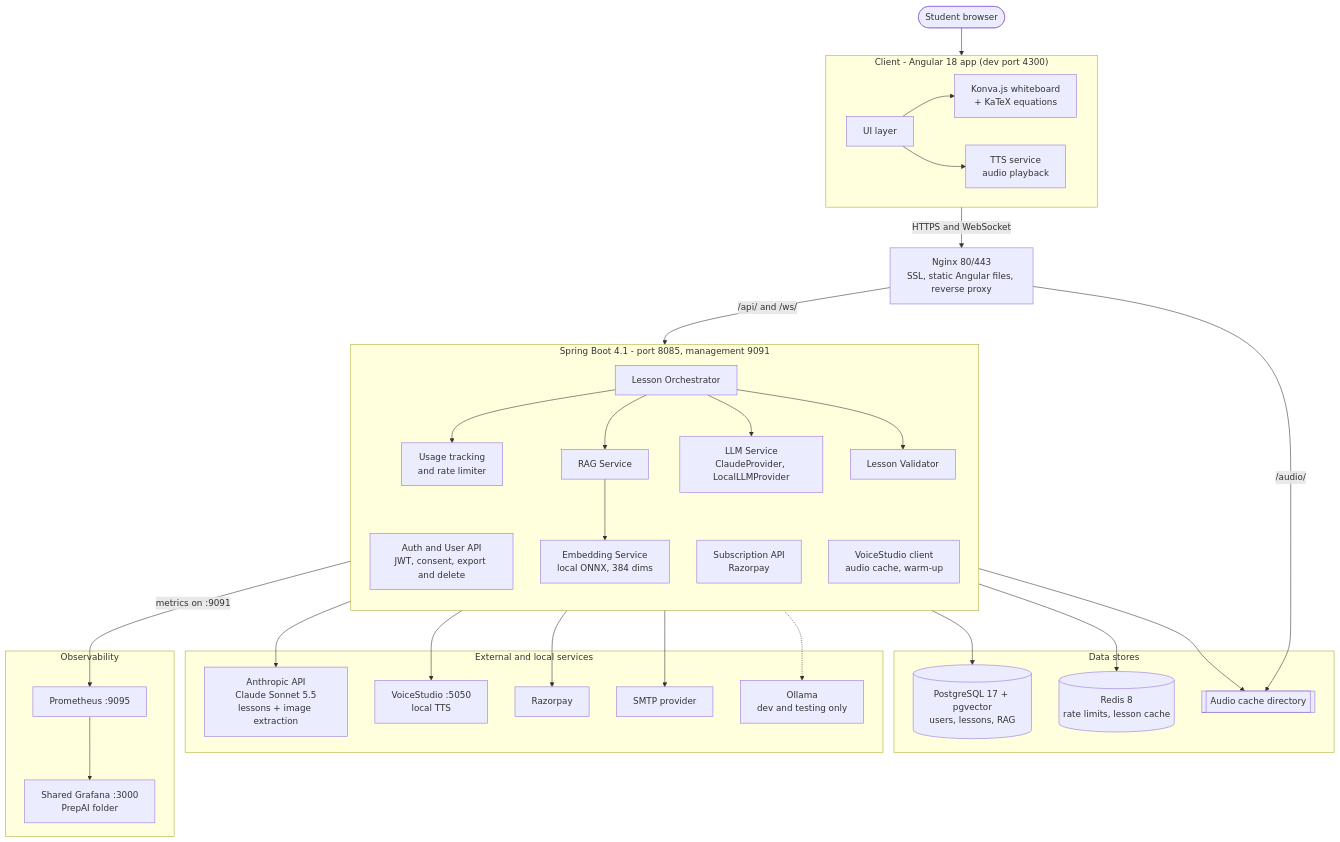
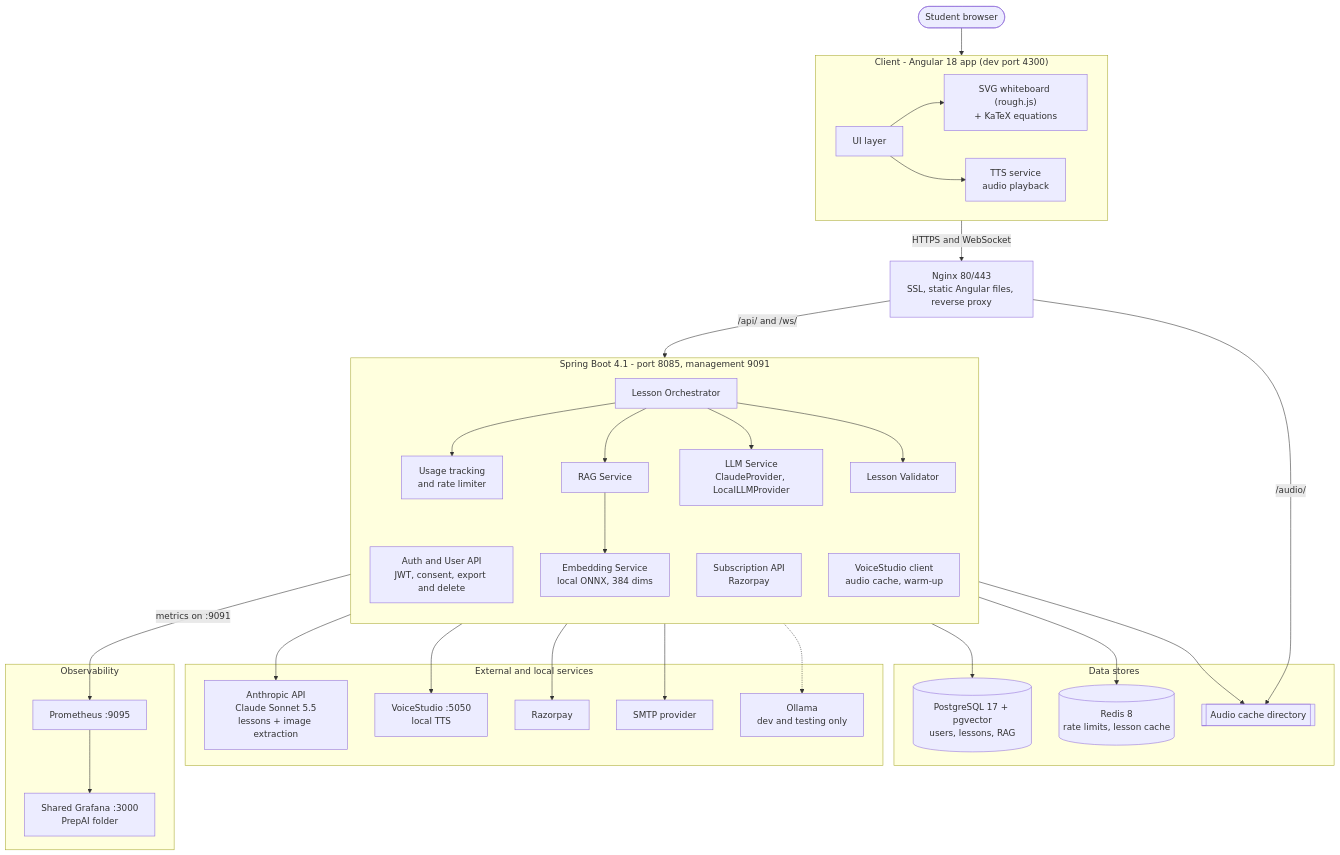
One commit to ocjpkrishna/prepai changed the first of 12 diagrams in prepai-spec.md. Above: the diagram before and after it, drawn with Mermaid. The commit also changed other lines of this file and 2 other files, not shown here.

First line of the commit message:
docs(spec): replace Konva canvas actions with SVG whiteboard tools

````diff
--- a/prepai-spec.md
+++ b/prepai-spec.md
@@ -125,69 +126,69 @@
 ```mermaid
 flowchart TB
     user(["Student browser"])
 
     subgraph client["Client - Angular 18 app (dev port 4300)"]
         direction LR
         ui["UI layer"]
-        wb["Konva.js whiteboard<br/>+ KaTeX equations"]
+        wb["SVG whiteboard (rough.js)<br/>+ KaTeX equations"]
         ttsc["TTS service<br/>audio playback"]
         ui --> wb
         ui --> ttsc
     end
 
     nginx["Nginx 80/443<br/>SSL, static Angular files, reverse proxy"]
 
     subgraph backend["Spring Boot 4.1 - port 8085, management 9091"]
         direction TB
         auth["Auth and User API<br/>JWT, consent, export and delete"]
         sub["Subscription API<br/>Razorpay"]
         orch["Lesson Orchestrator"]
         limiter["Usage tracking<br/>and rate limiter"]
         llm["LLM Service<br/>ClaudeProvider, LocalLLMProvider"]
         valid["Lesson Validator"]
         rag["RAG Service"]
         embed["Embedding Service<br/>local ONNX, 384 dims"]
         vsc["VoiceStudio client<br/>audio cache, warm-up"]
         orch --> limiter
         orch --> rag
         orch --> llm
         orch --> valid
         rag --> embed
     end
 
     subgraph stores["Data stores"]
         pg[("PostgreSQL 17 + pgvector<br/>users, lessons, RAG")]
         redis[("Redis 8<br/>rate limits, lesson cache")]
         audio[["Audio cache directory"]]
     end
 
     subgraph ext["External and local services"]
         claude["Anthropic API<br/>Claude Sonnet 5.5<br/>lessons + image extraction"]
         vs["VoiceStudio :5050<br/>local TTS"]
         razor["Razorpay"]
         smtp["SMTP provider"]
         ollama["Ollama<br/>dev and testing only"]
     end
 
     subgraph obs["Observability"]
         prom["Prometheus :9095"]
         graf["Shared Grafana :3000<br/>PrepAI folder"]
     end
 
     user --> client
     client -->|"HTTPS and WebSocket"| nginx
     nginx -->|"/api/ and /ws/"| backend
     nginx -->|"/audio/"| audio
 
     backend --> pg
     backend --> redis
     auth --> smtp
     llm --> claude
     llm -.-> ollama
     sub --> razor
     vsc --> vs
     vsc --> audio
 
     backend -->|"metrics on :9091"| prom
     prom --> graf
 ```
````
